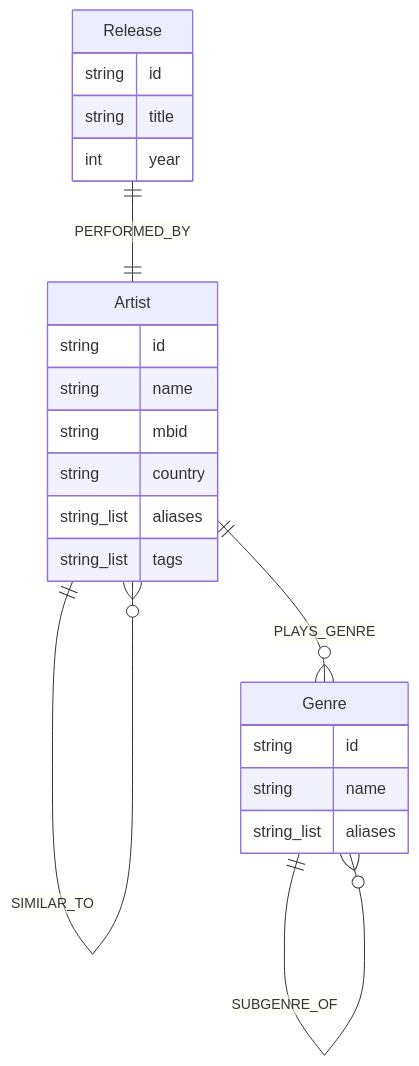
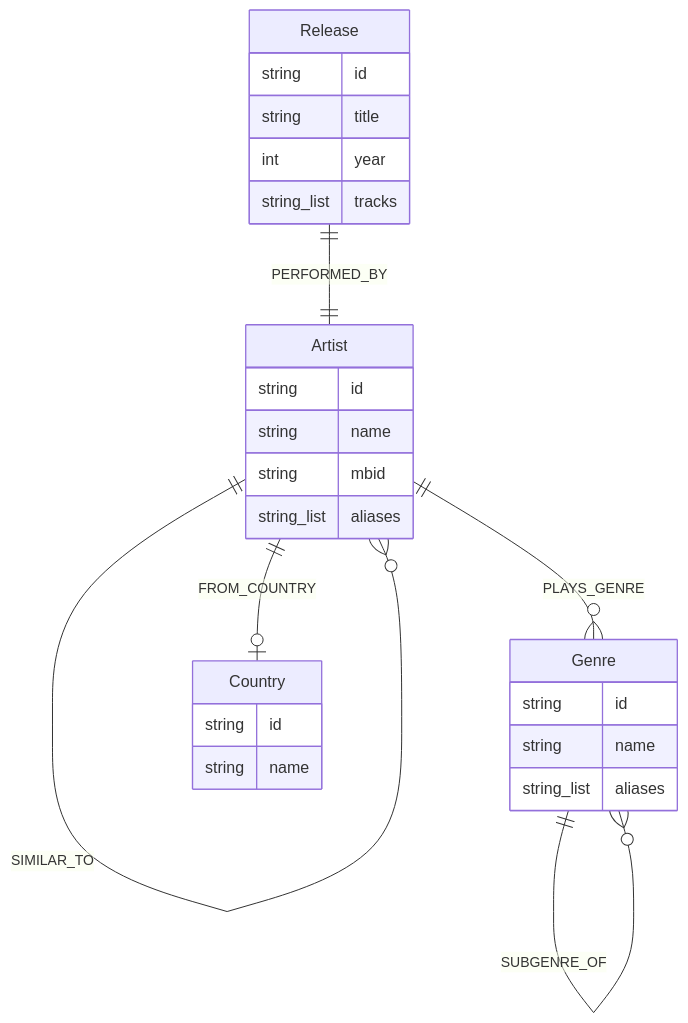
Before and after one commit to pacoreyes/GraphRagPart1DataPipeline: the second of 2 diagrams in README.md, drawn with Mermaid. The commit also changed other lines of this file, not shown here.

````diff
--- a/README.md
+++ b/README.md
@@ -321,26 +328,30 @@
 ```mermaid
 erDiagram
     Artist ||--o{ Genre : PLAYS_GENRE
     Artist ||--o{ Artist : SIMILAR_TO
+    Artist ||--o| Country : FROM_COUNTRY
     Release ||--|| Artist : PERFORMED_BY
     Genre ||--o{ Genre : SUBGENRE_OF
 
     Artist {
         string id
         string name
         string mbid
-        string country
         string_list aliases
-        string_list tags
     }
     Release {
         string id
         string title
         int year
+        string_list tracks
     }
     Genre {
         string id
         string name
         string_list aliases
     }
+    Country {
+        string id
+        string name
+    }
 ```
````
